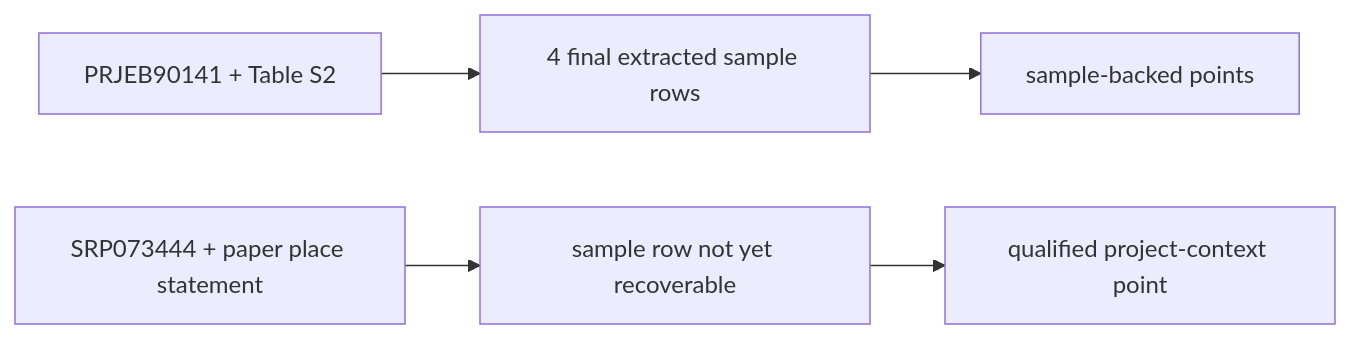
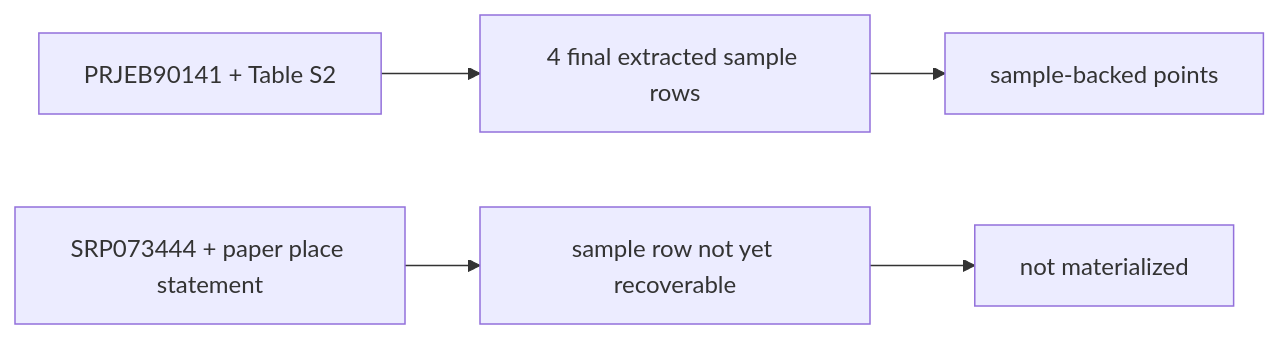
The fourth of 7 diagrams in docs/public/pollenomics-data/sources/animal-source-intake.md (bijux/bijux-pollenomics), drawn with Mermaid before and after one commit. The commit also changed other lines of this file and 26 other files, not shown here.

````diff
--- a/docs/public/pollenomics-data/sources/animal-source-intake.md
+++ b/docs/public/pollenomics-data/sources/animal-source-intake.md
@@ -152,7 +152,7 @@
 ```mermaid
 flowchart LR
     Goat["PRJEB90141 + Table S2"] --> GoatRows["4 final extracted sample rows"]
     GoatRows --> GoatPoints["sample-backed points"]
     Camel["SRP073444 + paper place statement"] --> CamelGap["sample row not yet recoverable"]
-    CamelGap --> CamelPoint["qualified project-context point"]
+    CamelGap --> CamelExcluded["not materialized"]
 ```
````
